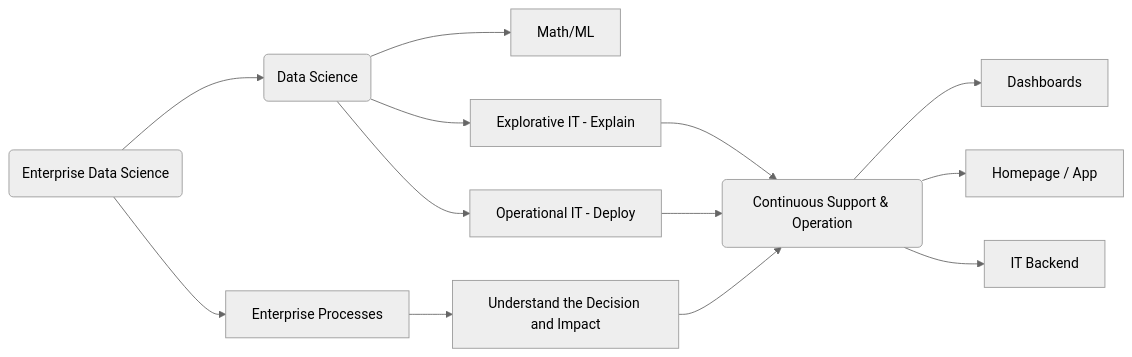
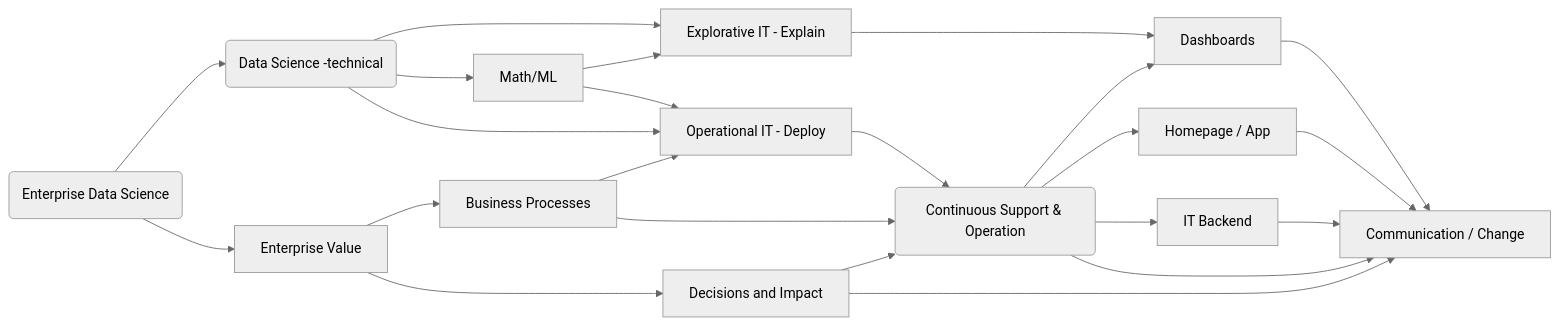
One commit to kienlef/kienlef.github.io changed the diagram in docs/_docs/overview.md. Above: the diagram before and after it, drawn with Mermaid (neutral theme). The commit also changed other lines of this file, not shown here.

Commit message:
started with new overview and link to enterprise data science

````diff
--- a/docs/_docs/overview.md
+++ b/docs/_docs/overview.md
@@ -27,26 +30,39 @@
 ```mermaid
 graph LR;
     A0(Enterprise Data Science)
-    B0(Data Science)
-    B1[Enterprise Processes]
-    C0[Math/ML]
-    C1[Explorative IT - Explain]
+    B0(Data Science -technical)
+    B1[Enterprise Value]
+    C0[Explorative IT - Explain]
+    C1[Math/ML]
     C2[Operational IT - Deploy]
-    D0[Understand the Decision and Impact]
+    D0[Business Processes]
+    D1[Decisions and Impact]
     E0(Continuous Support & Operation)
     F0[Dashboards]
     F1[Homepage / App]
     F2[IT Backend]
+    G3[Communication / Change]
     A0-->B0;
     A0-->B1;
     B0-->C0;
     B0-->C1;
+    B1-->D0;
+    B1-->D1;
+    C1-->C0;
+    C1-->C2;
     B0-->C2;
-    B1-->D0;
-    C1-->E0
-    C2-->E0
-    D0-->E0
-    E0-->F0
-    E0-->F1
-    E0-->F2
+    C2-->E0;
+    C0-->F0;
+    D0-->C2;
+    D0-->E0;
+    D1-->E0;
+
+    E0-->F0;
+    E0-->F1;
+    E0-->F2;
+    E0-->G3;
+    F0-->G3;
+    F1-->G3;
+    F2-->G3;
+    D1-->G3;
 ```
````
